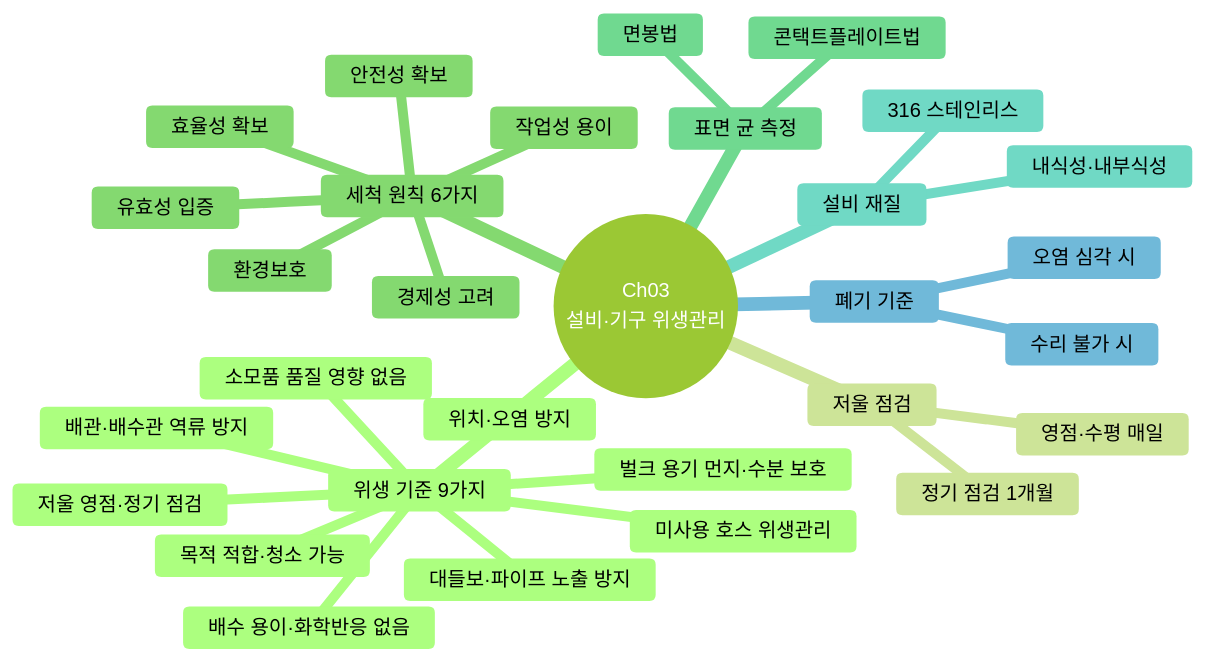
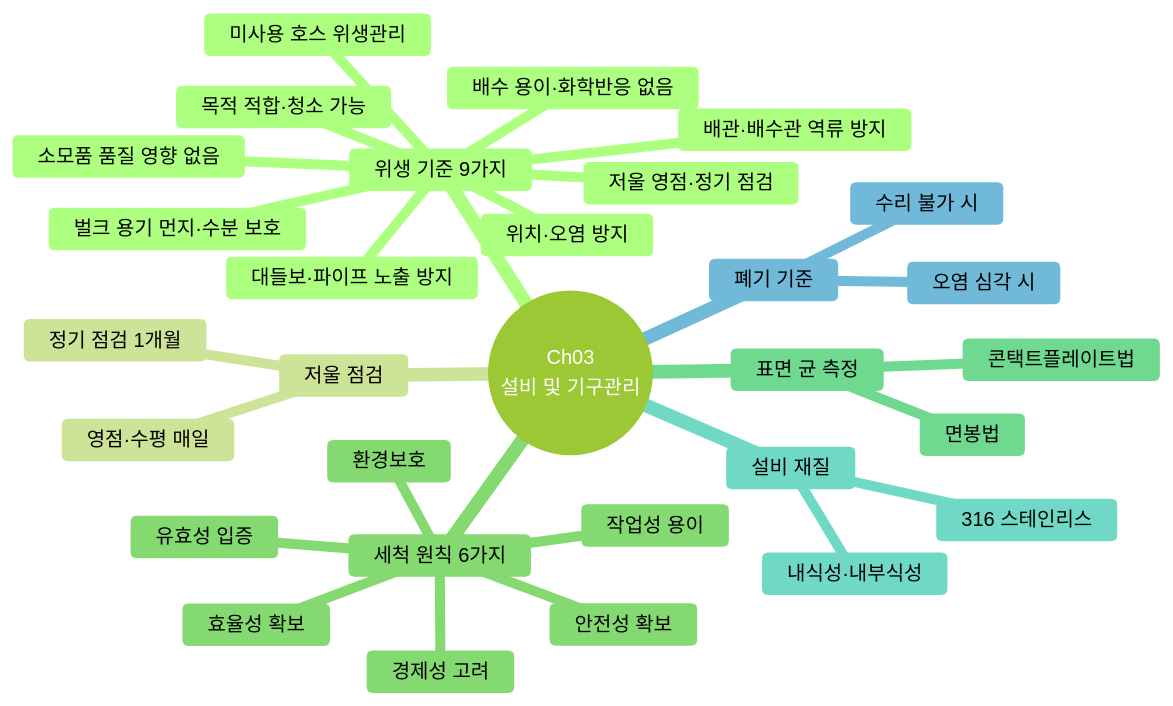
Before and after one commit to skygoldlee-cyber/Personalized_Skincare: diagram 12 of 19 in content/교재/safety/3과목_유통화장품안전관리_이야기형.md, drawn with Mermaid (forest theme). The commit also changed other lines of this file and 20 other files, not shown here.

````diff
--- a/content/교재/safety/3과목_유통화장품안전관리_이야기형.md
+++ b/content/교재/safety/3과목_유통화장품안전관리_이야기형.md
@@ -1772,33 +1773,33 @@
 ```mermaid
 mindmap
- root((Ch03<br/>설비·기구 위생관리))
+ root((Ch03<br/>설비 및 기구관리))
   위생 기준 9가지
    목적 적합·청소 가능
    미사용 호스 위생관리
    배수 용이·화학반응 없음
    위치·오염 방지
    벌크 용기 먼지·수분 보호
    배관·배수관 역류 방지
    대들보·파이프 노출 방지
    소모품 품질 영향 없음
    저울 영점·정기 점검
   저울 점검
    영점·수평 매일
    정기 점검 1개월
   세척 원칙 6가지
    유효성 입증
    효율성 확보
    경제성 고려
    안전성 확보
    환경보호
    작업성 용이
   표면 균 측정
    면봉법
    콘택트플레이트법
   설비 재질
    316 스테인리스
    내식성·내부식성
   폐기 기준
    수리 불가 시
    오염 심각 시
 ```
````
